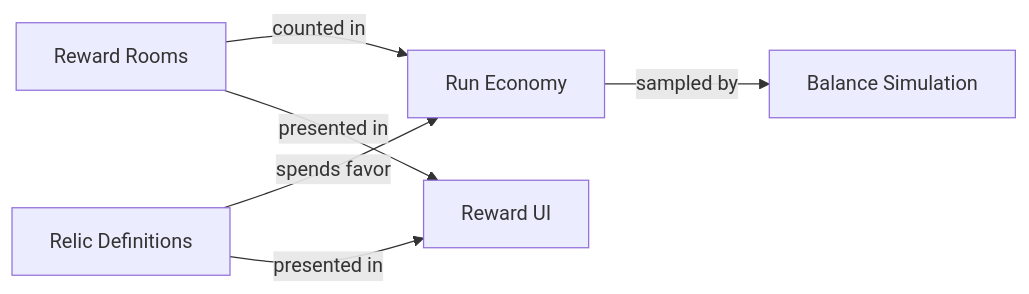
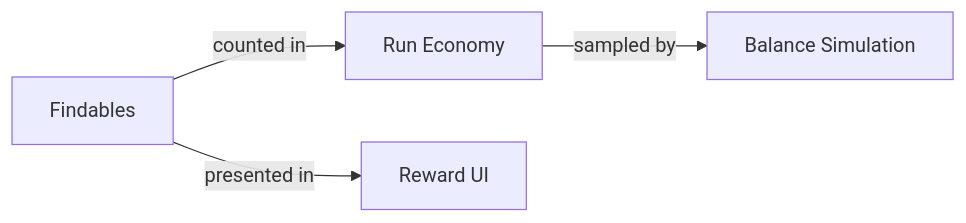
The fifth of 11 diagrams in docs/system-diagrams/README.md (BorisThoris/memory-dungeon), drawn with Mermaid before and after one commit. The commit also changed other lines of this file and 296 other files, not shown here.

````diff
--- a/docs/system-diagrams/README.md
+++ b/docs/system-diagrams/README.md
@@ -202,13 +193,10 @@
 ```mermaid
 flowchart LR
-    reward_rooms["Reward Rooms"]
-    relic_offers["Relic Definitions"]
+    findables["Findables"]
     run_economy["Run Economy"]
     balance_sim["Balance Simulation"]
     reward_ui["Reward UI"]
-    reward_rooms -->|"counted in"| run_economy
-    relic_offers -->|"spends favor"| run_economy
+    findables -->|"counted in"| run_economy
     run_economy -->|"sampled by"| balance_sim
-    relic_offers -->|"presented in"| reward_ui
-    reward_rooms -->|"presented in"| reward_ui
+    findables -->|"presented in"| reward_ui
 ```
````
